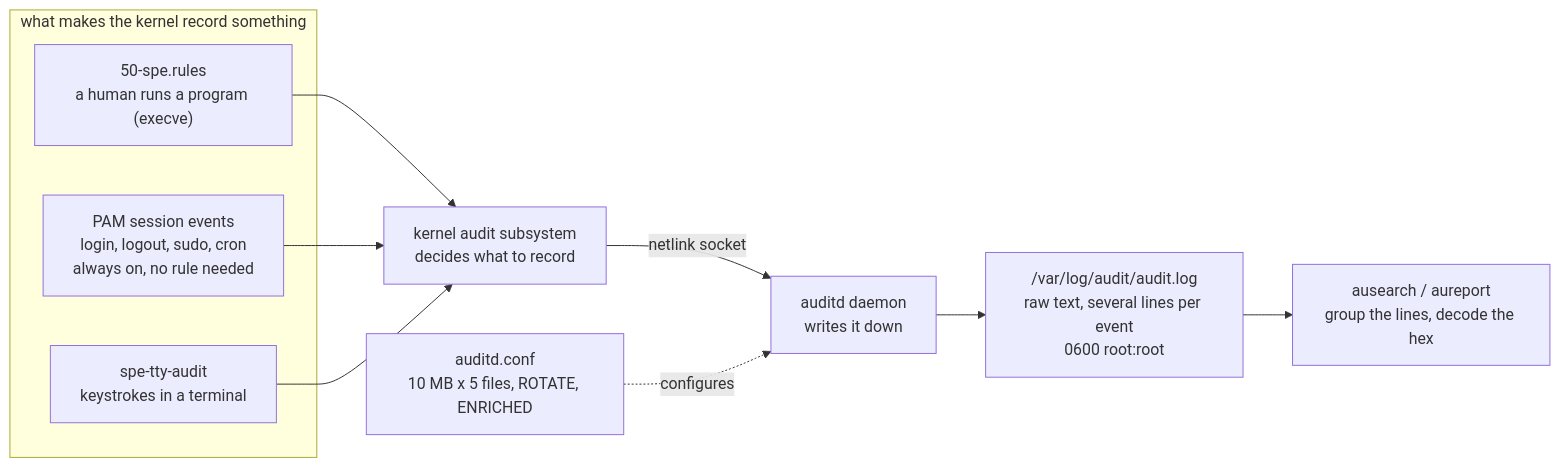
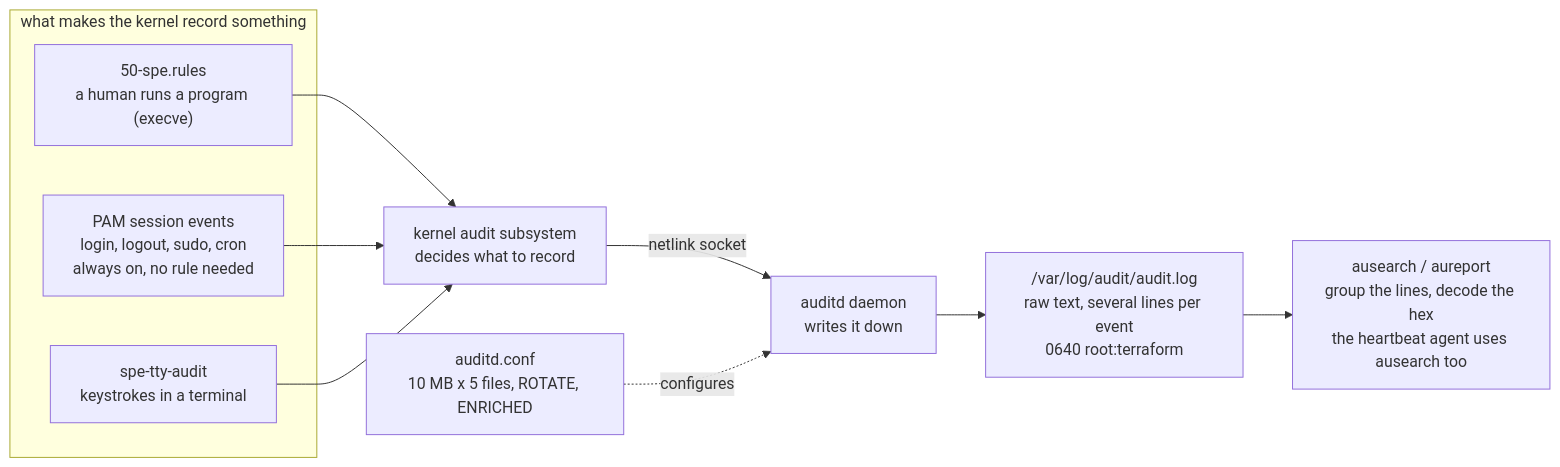
One commit to JorgeIvanJH/Infrastructure-as-Code changed the first of 2 diagrams in 06-spe-multicloud-gcp-aws/files/logging/auditd/README.md. Above: the diagram before and after it, drawn with Mermaid. The commit also changed other lines of this file and 14 other files, not shown here.

```diff
--- a/06-spe-multicloud-gcp-aws/files/logging/auditd/README.md
+++ b/06-spe-multicloud-gcp-aws/files/logging/auditd/README.md
@@ -11,20 +11,20 @@
 ~~~mermaid
 flowchart LR
     subgraph triggers["what makes the kernel record something"]
         R["50-spe.rules<br>a human runs a program (execve)"]
         P["PAM session events<br>login, logout, sudo, cron<br>always on, no rule needed"]
         T["spe-tty-audit<br>keystrokes in a terminal"]
     end
     K["kernel audit subsystem<br>decides what to record"]
     A["auditd daemon<br>writes it down"]
     C["auditd.conf<br>10 MB x 5 files, ROTATE, ENRICHED"]
-    L["/var/log/audit/audit.log<br>raw text, several lines per event<br>0600 root:root"]
-    S["ausearch / aureport<br>group the lines, decode the hex"]
+    L["/var/log/audit/audit.log<br>raw text, several lines per event<br>0640 root:terraform"]
+    S["ausearch / aureport<br>group the lines, decode the hex<br>the heartbeat agent uses ausearch too"]
     R --> K
     P --> K
     T --> K
     K -- "netlink socket" --> A
     C -. "configures" .-> A
     A --> L
     L --> S
 ~~~
```
